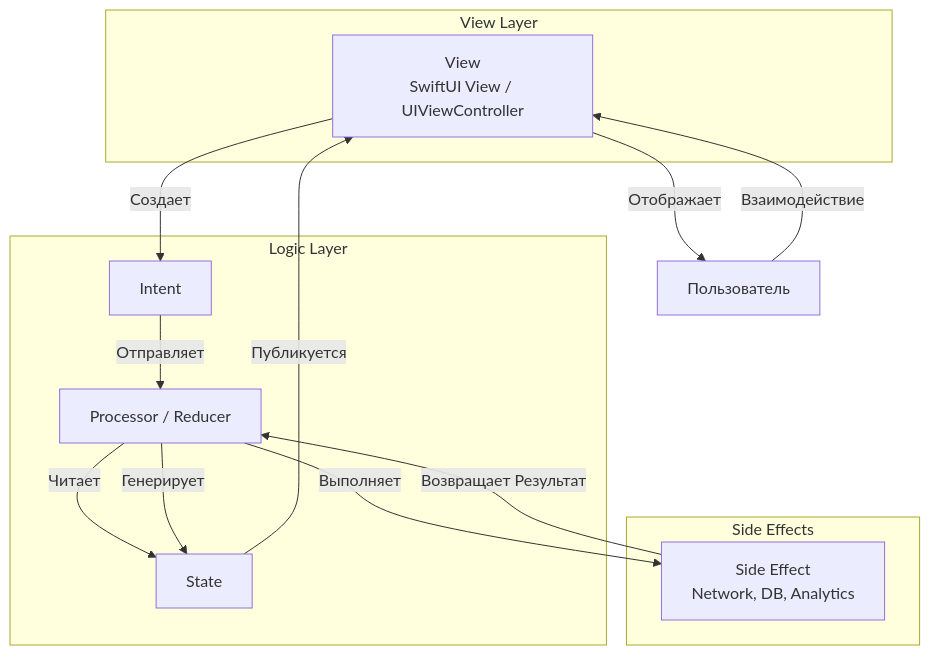
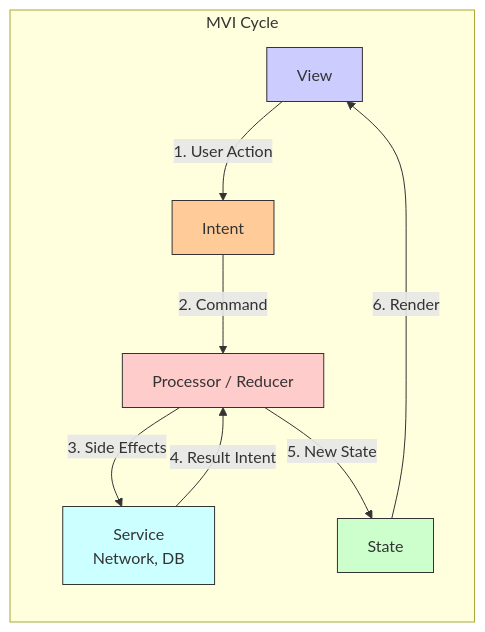
Before and after one commit to NuttyCheese/Obsidian: the diagram in Swift/Теория/Архитектурные подходы/MVI (Model-View-Intent) Architecture.md, drawn with Mermaid. The commit also changed other lines of this file and 6 other files, not shown here.

````diff
--- a/Swift/Теория/Архитектурные подходы/MVI (Model-View-Intent) Architecture.md
+++ b/Swift/Теория/Архитектурные подходы/MVI (Model-View-Intent) Architecture.md
@@ -49,26 +21,17 @@
 ```mermaid
-graph TD
-    subgraph "View Layer"
-        V[View<br>SwiftUI View / UIViewController]
+flowchart LR
+    subgraph "MVI Cycle"
+        V[View] -->|1. User Action| I[Intent]
+        I -->|2. Command| P[Processor / Reducer]
+        P -->|3. Side Effects| SE[Service<br/>Network, DB]
+        SE -->|4. Result Intent| P
+        P -->|5. New State| S[State]
+        S -->|6. Render| V
     end
-
-    subgraph "Logic Layer"
-        I[Intent]
-        P[Processor / Reducer]
-        S[State]
-    end
-
-    subgraph "Side Effects"
-        SE[Side Effect<br>Network, DB, Analytics]
-    end
-
-    User[Пользователь] -->|Взаимодействие| V
-    V -->|Создает| I
-    I -->|Отправляет| P
-    P -->|Читает| S
-    P -->|Выполняет| SE
-    SE -->|Возвращает Результат| P
-    P -->|Генерирует| S
-    S -->|Публикуется| V
-    V -->|Отображает| User
+    
+    style V fill:#ccccff,stroke:#333
+    style I fill:#ffcc99,stroke:#333
+    style P fill:#ffcccc,stroke:#333
+    style S fill:#ccffcc,stroke:#333
+    style SE fill:#ccffff,stroke:#333
 ```
````
